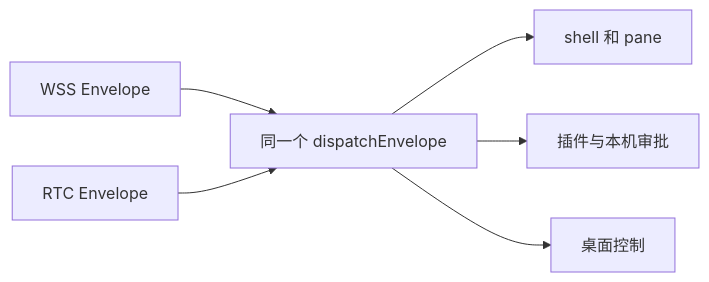
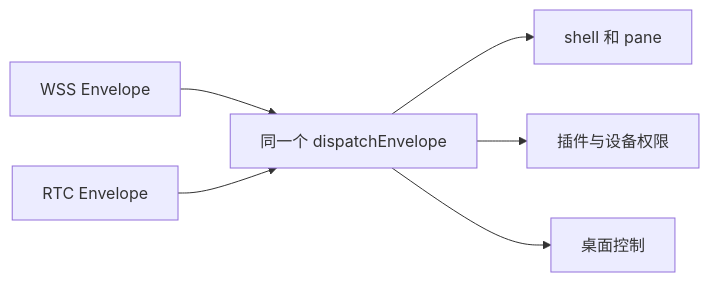
Before and after one commit to TITOCHAN2023/fleetForAgent: the diagram in docs/blog/rtc-with-a-brake.zh.md, drawn with Mermaid. The commit also changed other lines of this file and 54 other files, not shown here.

````diff
--- a/docs/blog/rtc-with-a-brake.zh.md
+++ b/docs/blog/rtc-with-a-brake.zh.md
@@ -21,8 +21,8 @@
 ```mermaid
 flowchart LR
   W["WSS Envelope"] --> D["同一个 dispatchEnvelope"]
   R["RTC Envelope"] --> D
   D --> S["shell 和 pane"]
-  D --> P["插件与本机审批"]
+  D --> P["插件与设备权限"]
   D --> C["桌面控制"]
 ```
````
